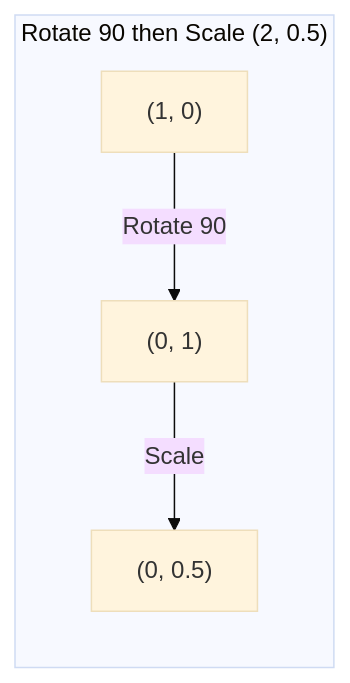
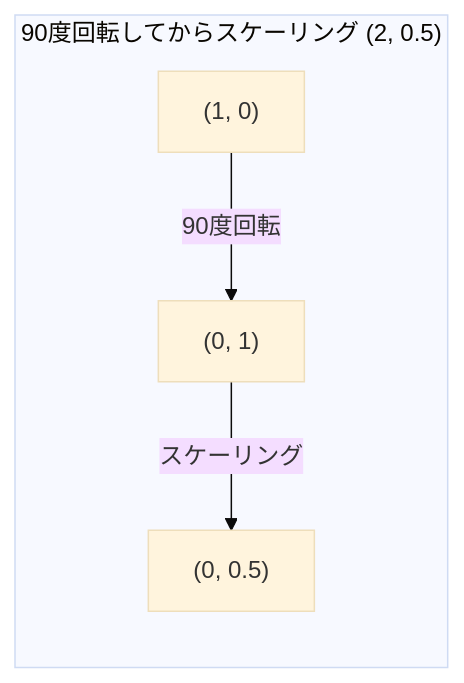
The sixth of 7 diagrams in phases/01-math-foundations/03-matrix-transformations/docs/en.md (rohitg00/ai-engineering-from-scratch), drawn with Mermaid (base theme) before and after one commit. The commit also changed other lines of this file and 1935 other files, not shown here.

````diff
--- a/phases/01-math-foundations/03-matrix-transformations/docs/en.md
+++ b/phases/01-math-foundations/03-matrix-transformations/docs/en.md
@@ -155,6 +155,6 @@
 ```mermaid
 graph LR
-    subgraph Path1["Rotate 90 then Scale (2, 0.5)"]
-        P1["(1, 0)"] -->|"Rotate 90"| P2["(0, 1)"] -->|"Scale"| P3["(0, 0.5)"]
+    subgraph Path1["90度回転してからスケーリング (2, 0.5)"]
+        P1["(1, 0)"] -->|"90度回転"| P2["(0, 1)"] -->|"スケーリング"| P3["(0, 0.5)"]
     end
 ```
````
